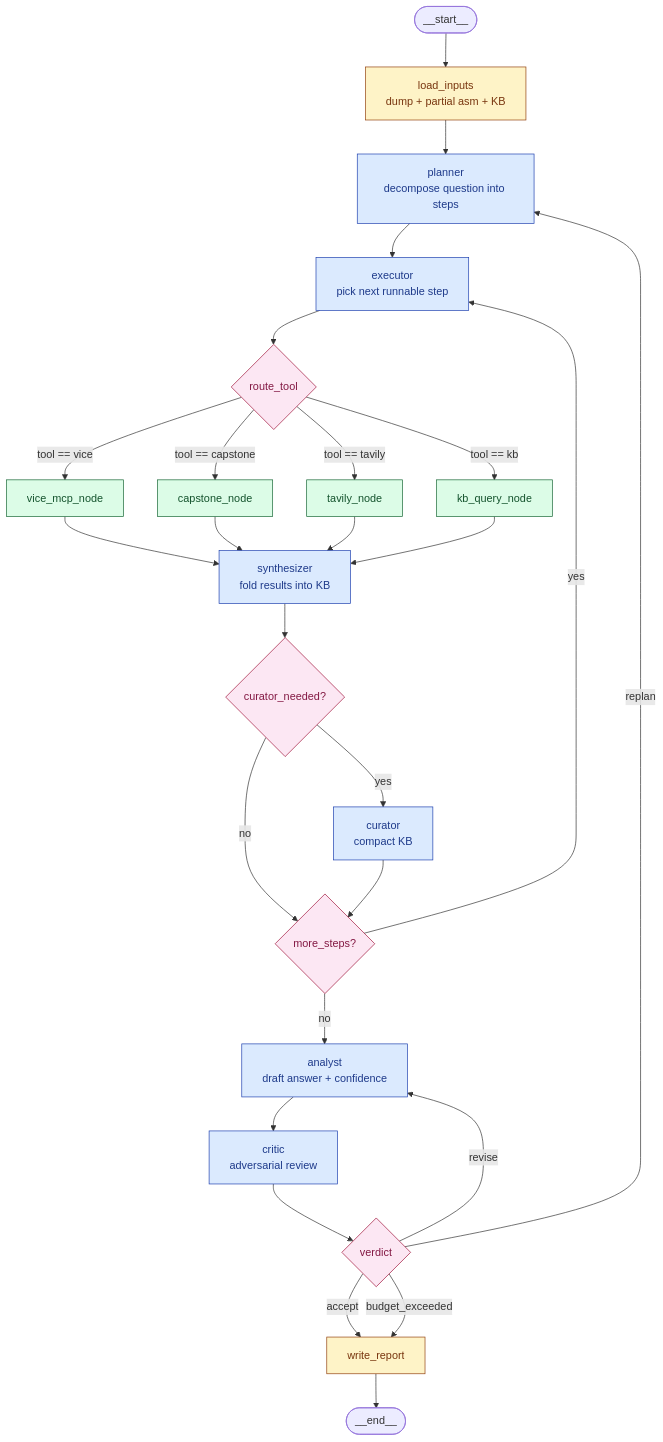
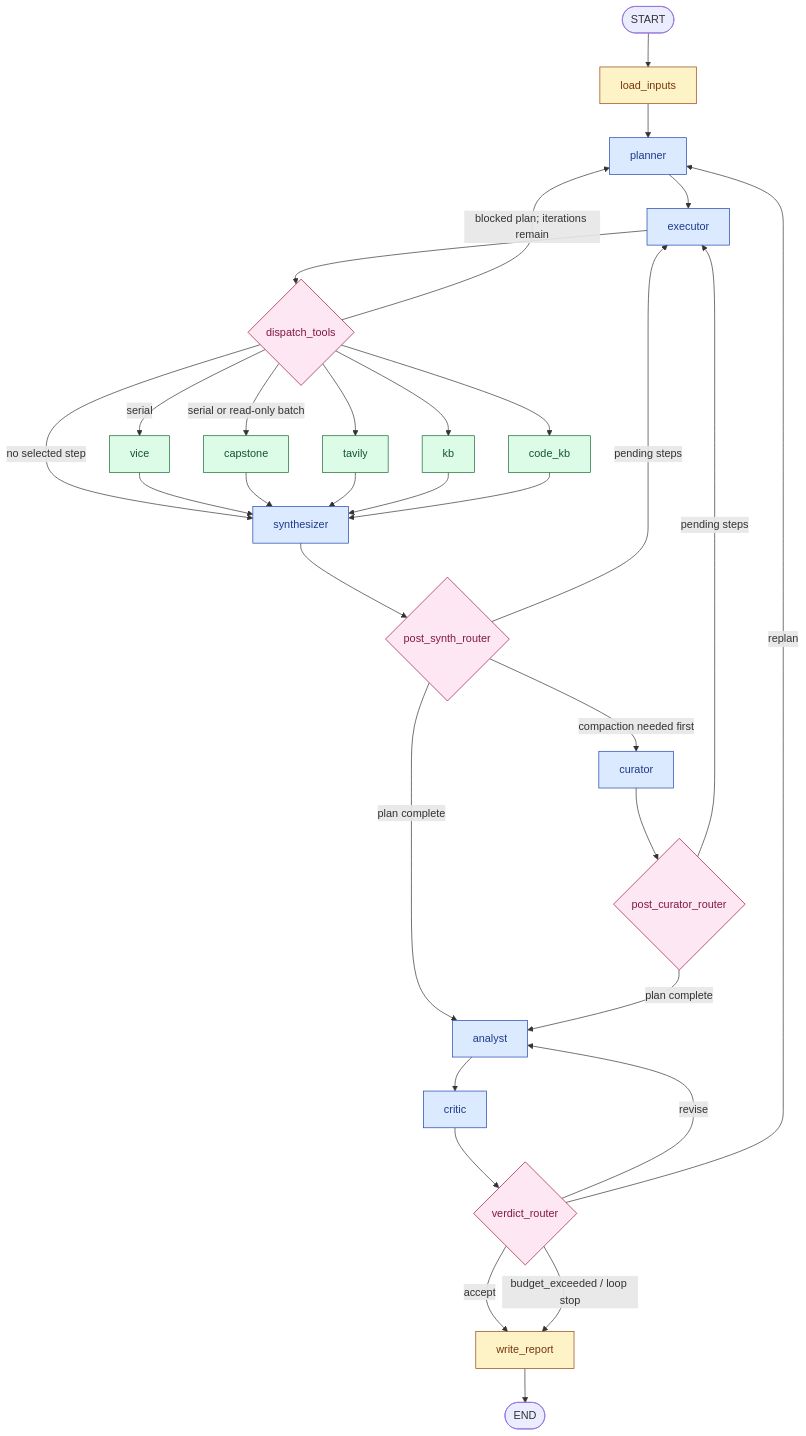
One commit to marcellmajor/C64RE_agent changed the diagram in CLAUDE_graph.md. Above: the diagram before and after it, drawn with Mermaid. The commit also changed other lines of this file, not shown here.

Commit message:
docs: update LangGraph architecture and Code KB interface

````diff
--- a/CLAUDE_graph.md
+++ b/CLAUDE_graph.md
@@ -9,45 +13,42 @@
 ```mermaid
 flowchart TD
-    START([__start__]) --> LOAD[load_inputs<br/>dump + partial asm + KB]
-    LOAD --> PLAN[planner<br/>decompose question into steps]
-    PLAN --> EXEC[executor<br/>pick next runnable step]
-
-    EXEC --> ROUTE{route_tool}
-    ROUTE -->|tool == vice| VICE[vice_mcp_node]
-    ROUTE -->|tool == capstone| CAPS[capstone_node]
-    ROUTE -->|tool == tavily| TAV[tavily_node]
-    ROUTE -->|tool == kb| KBQ[kb_query_node]
-
-    VICE --> SYNTH[synthesizer<br/>fold results into KB]
+    START([START]) --> LOAD[load_inputs]
+    LOAD --> PLAN[planner]
+    PLAN --> EXEC[executor]
+    EXEC --> DISPATCH{dispatch_tools}
+    DISPATCH -->|serial| VICE[vice]
+    DISPATCH -->|serial or read-only batch| CAPS[capstone]
+    DISPATCH --> TAV[tavily]
+    DISPATCH --> KB[kb]
+    DISPATCH --> CODE[code_kb]
+    DISPATCH -->|blocked plan; iterations remain| PLAN
+    DISPATCH -->|no selected step| SYNTH[synthesizer]
+    VICE --> SYNTH
     CAPS --> SYNTH
     TAV --> SYNTH
-    KBQ --> SYNTH
-
-    SYNTH --> CUR{curator_needed?}
-    CUR -->|yes| CURATE[curator<br/>compact KB]
-    CUR -->|no| MORE
-    CURATE --> MORE
-
-    MORE{more_steps?}
-    MORE -->|yes| EXEC
-    MORE -->|no| ANAL[analyst<br/>draft answer + confidence]
-
-    ANAL --> CRIT[critic<br/>adversarial review]
-    CRIT --> VERDICT{verdict}
+    KB --> SYNTH
+    CODE --> SYNTH
+    SYNTH --> POST{post_synth_router}
+    POST -->|compaction needed first| CURATE[curator]
+    POST -->|pending steps| EXEC
+    POST -->|plan complete| ANALYST[analyst]
+    CURATE --> AFTER{post_curator_router}
+    AFTER -->|pending steps| EXEC
+    AFTER -->|plan complete| ANALYST
+    ANALYST --> CRITIC[critic]
+    CRITIC --> VERDICT{verdict_router}
     VERDICT -->|accept| REPORT[write_report]
-    VERDICT -->|revise| ANAL
+    VERDICT -->|revise| ANALYST
     VERDICT -->|replan| PLAN
-    VERDICT -->|budget_exceeded| REPORT
-
-    REPORT --> END([__end__])
+    VERDICT -->|budget_exceeded / loop stop| REPORT
+    REPORT --> END([END])
 
     classDef agent fill:#dbeafe,stroke:#1e40af,color:#1e3a8a;
     classDef tool fill:#dcfce7,stroke:#166534,color:#14532d;
     classDef io fill:#fef3c7,stroke:#92400e,color:#78350f;
-    classDef decision fill:#fce7f3,stroke:#9f1239,color:#831843;
-
-    class PLAN,EXEC,SYNTH,ANAL,CRIT,CURATE agent;
-    class VICE,CAPS,TAV,KBQ tool;
+    classDef router fill:#fce7f3,stroke:#9f1239,color:#831843;
+    class PLAN,EXEC,SYNTH,CURATE,ANALYST,CRITIC agent;
+    class VICE,CAPS,TAV,KB,CODE tool;
     class LOAD,REPORT io;
-    class ROUTE,CUR,MORE,VERDICT decision;
+    class DISPATCH,POST,AFTER,VERDICT router;
 ```
````
